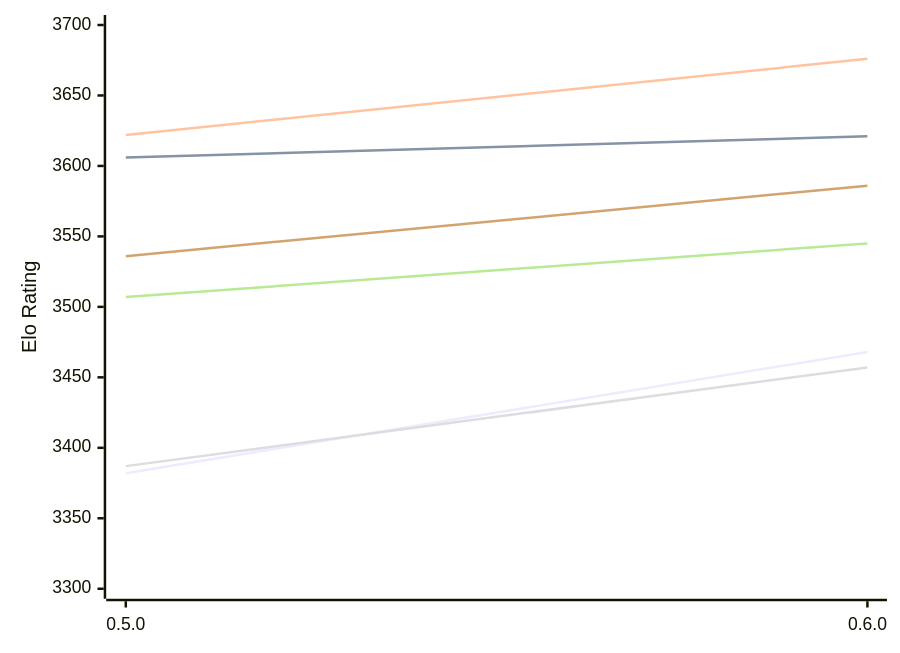
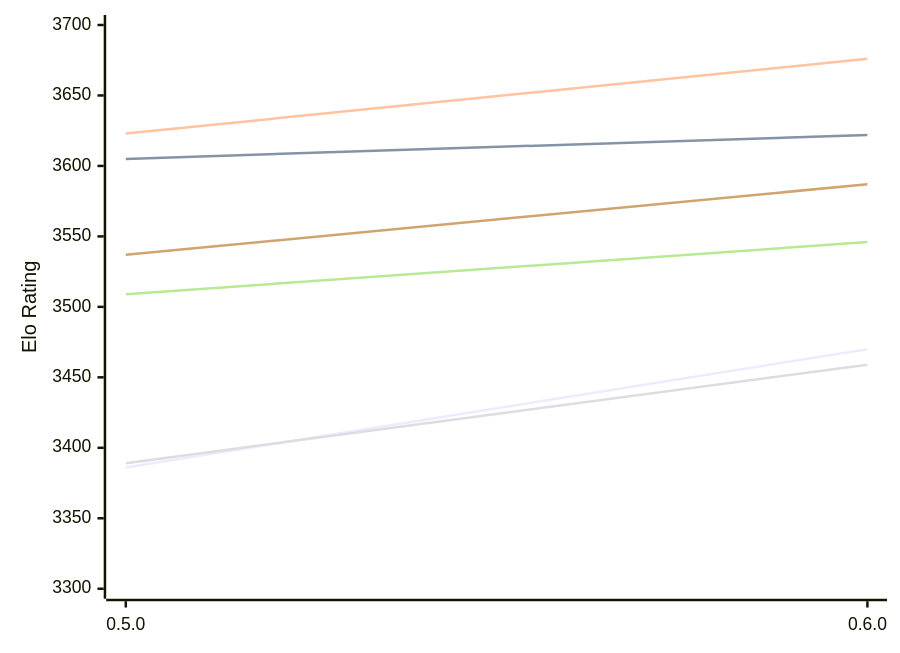
Before and after one commit to computer-chess-index/cci: the diagram in engines/Incipit.md, drawn with Mermaid. The commit also changed other lines of this file, not shown here.

Commit message:
Update CCI Ratings (ELO VLTC) - 2026-11-17

````diff
--- a/engines/Incipit.md
+++ b/engines/Incipit.md
@@ -49,12 +49,12 @@
 ```mermaid
 %%{init: {"theme":"base","themeVariables":{"seriesColors:['#a3a3a3','#222221','#faa371']}}}%%
 xychart-beta
   x-axis ["0.5.0", "0.6.0"]
   y-axis "Elo Rating" 3300 --> 3700
-  line "E1: STC (8.0+0.08s)" [3382, 3468]
-  line "E1: LTC (60.0+0.60s)" [3606, 3621]
-  line "E1: VLTC (2m24s+1.12s)" [3622, 3676]
-  line "P1: STC (8.0+0.08s)" [3387, 3457]
-  line "P1: LTC (60.0+0.60s)" [3507, 3545]
-  line "P1: VLTC (2m24s+1.12s)" [3536, 3586]
+  line "E1: STC (8.0+0.08s)" [3386, 3470]
+  line "E1: LTC (60.0+0.60s)" [3605, 3622]
+  line "E1: VLTC (2m24s+1.12s)" [3623, 3676]
+  line "P1: STC (8.0+0.08s)" [3389, 3459]
+  line "P1: LTC (60.0+0.60s)" [3509, 3546]
+  line "P1: VLTC (2m24s+1.12s)" [3537, 3587]
 ```
````
